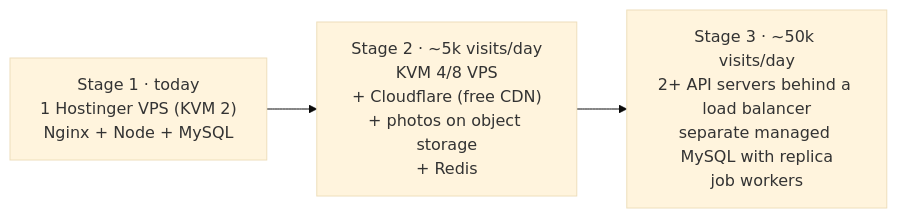
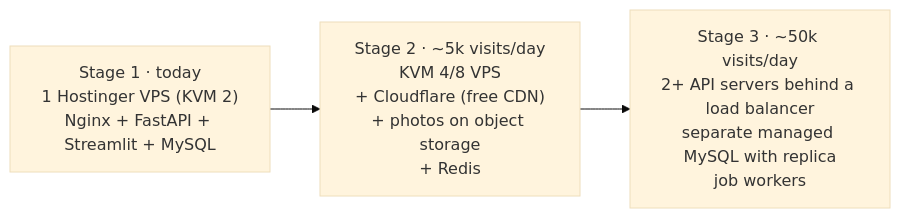
The diagram in docs/09-expansion.md (saurav1231/saurav1231), drawn with Mermaid (base theme) before and after one commit. The commit also changed other lines of this file and 17 other files, not shown here.

````diff
--- a/docs/09-expansion.md
+++ b/docs/09-expansion.md
@@ -167,5 +167,5 @@
 ```mermaid
 flowchart LR
-  A["Stage 1 · today<br/>1 Hostinger VPS (KVM 2)<br/>Nginx + Node + MySQL"] --> B["Stage 2 · ~5k visits/day<br/>KVM 4/8 VPS<br/>+ Cloudflare (free CDN)<br/>+ photos on object storage<br/>+ Redis"]
+  A["Stage 1 · today<br/>1 Hostinger VPS (KVM 2)<br/>Nginx + FastAPI + Streamlit + MySQL"] --> B["Stage 2 · ~5k visits/day<br/>KVM 4/8 VPS<br/>+ Cloudflare (free CDN)<br/>+ photos on object storage<br/>+ Redis"]
   B --> C["Stage 3 · ~50k visits/day<br/>2+ API servers behind a load balancer<br/>separate managed MySQL with replica<br/>job workers"]
 ```
````
